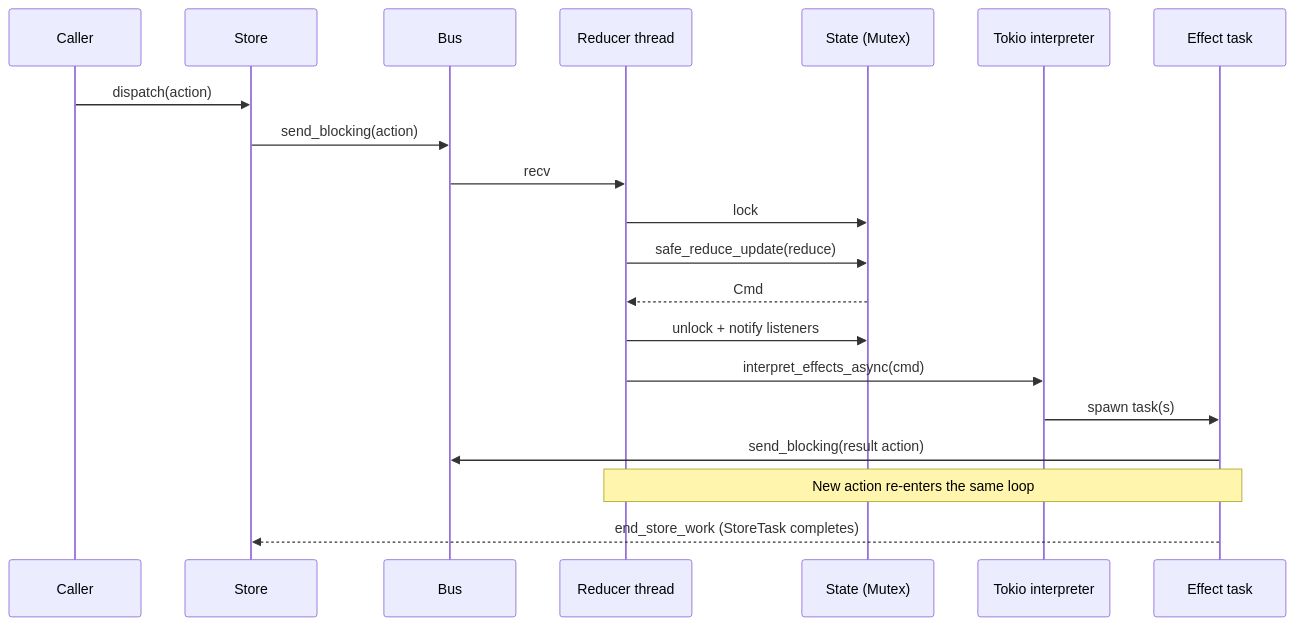
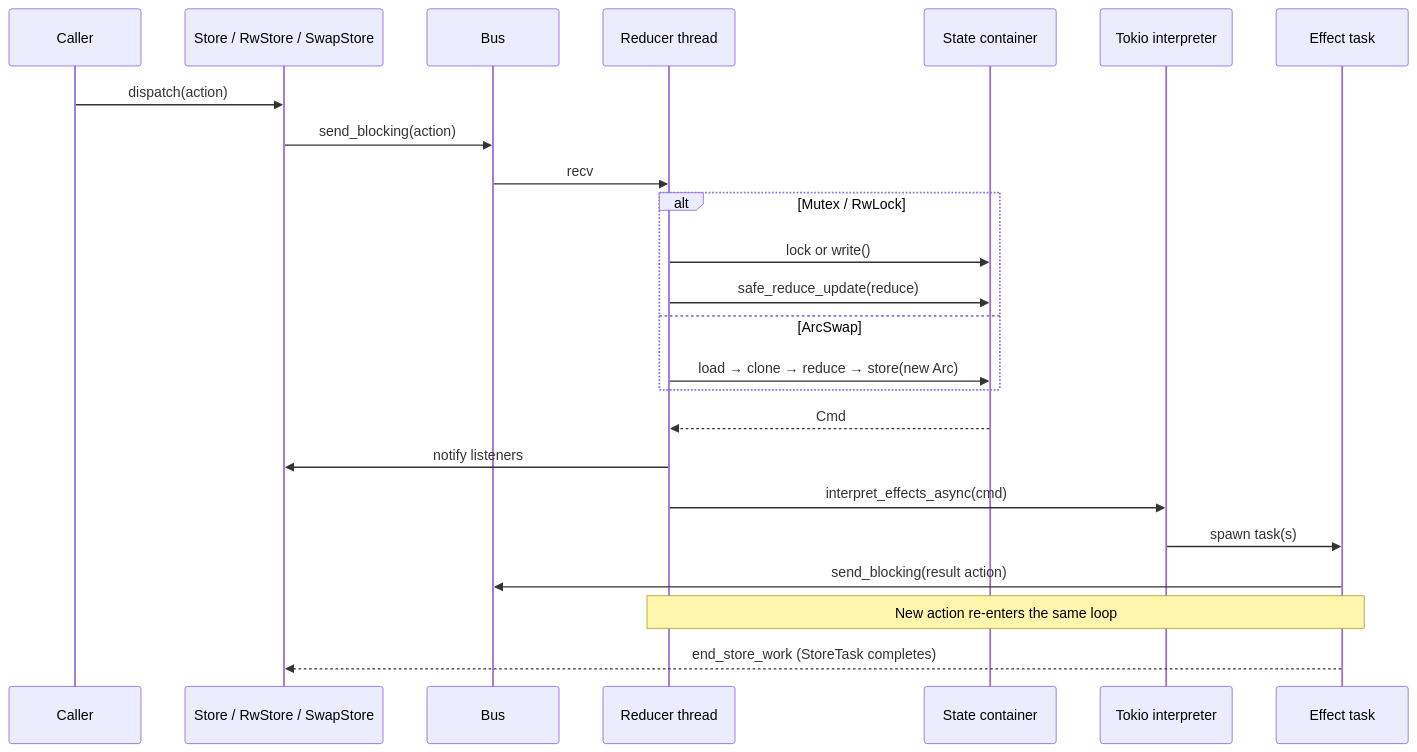
One commit to akashsoni01/rust-key-paths changed the second of 8 diagrams in rust-elm/book/architecture.md. Above: the diagram before and after it, drawn with Mermaid. The commit also changed other lines of this file and 5 other files, not shown here.

````diff
--- a/rust-elm/book/architecture.md
+++ b/rust-elm/book/architecture.md
@@ -67,23 +94,27 @@
 ```mermaid
 sequenceDiagram
     participant UI as Caller
-    participant Store as Store
+    participant Store as Store / RwStore / SwapStore
     participant Bus as Bus
     participant RT as Reducer thread
-    participant State as State (Mutex)
+    participant State as State container
     participant Tokio as Tokio interpreter
     participant FX as Effect task
 
     UI->>Store: dispatch(action)
     Store->>Bus: send_blocking(action)
     Bus->>RT: recv
-    RT->>State: lock
-    RT->>State: safe_reduce_update(reduce)
+    alt Mutex / RwLock
+        RT->>State: lock or write()
+        RT->>State: safe_reduce_update(reduce)
+    else ArcSwap
+        RT->>State: load → clone → reduce → store(new Arc)
+    end
     State-->>RT: Cmd
-    RT->>State: unlock + notify listeners
+    RT->>Store: notify listeners
     RT->>Tokio: interpret_effects_async(cmd)
     Tokio->>FX: spawn task(s)
     FX->>Bus: send_blocking(result action)
     Note over RT,FX: New action re-enters the same loop
     FX-->>Store: end_store_work (StoreTask completes)
 ```
````
